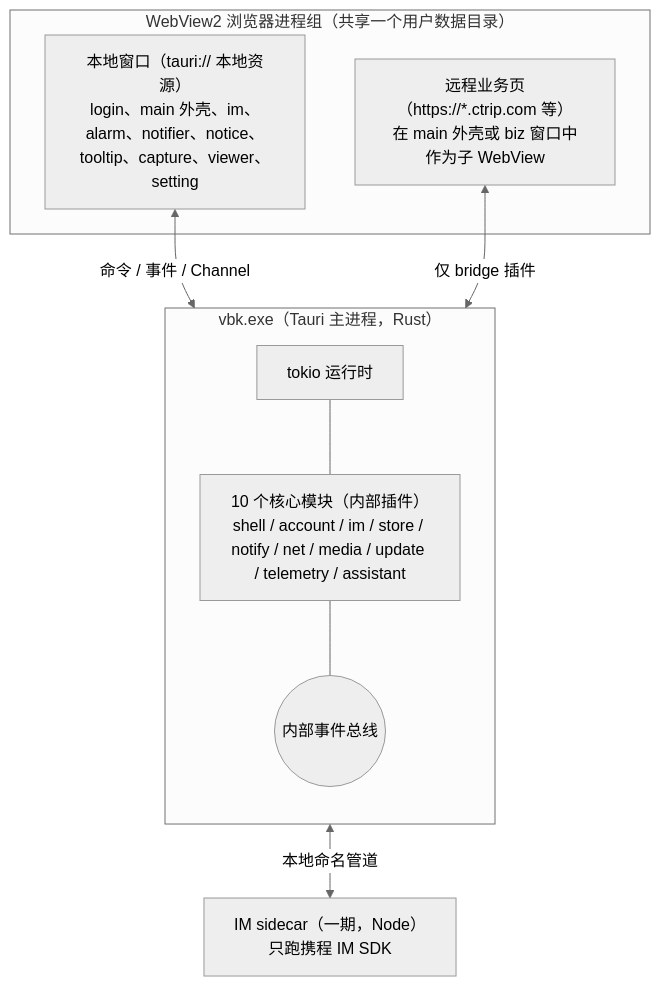
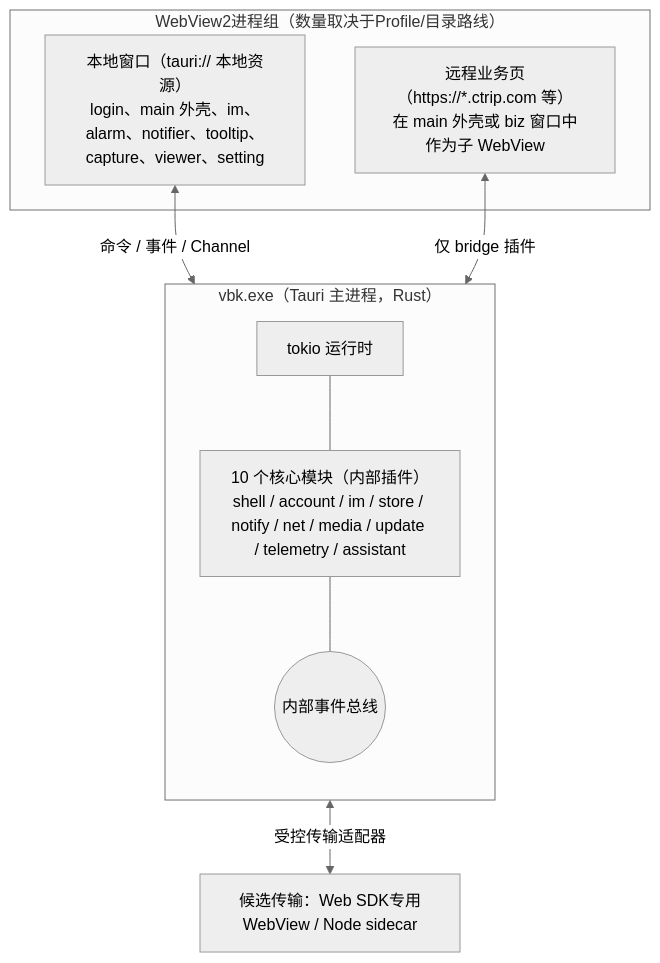
The diagram in docs/dev/00-architecture.md (meruchan0623/Ctrip-vbk-refact), drawn with Mermaid (neutral theme) before and after one commit. The commit also changed other lines of this file and 31 other files, not shown here.

First line of the commit message:
Update architecture plans from final review

````diff
--- a/docs/dev/00-architecture.md
+++ b/docs/dev/00-architecture.md
@@ -19,18 +21,18 @@
 ```mermaid
 flowchart TB
   subgraph Proc["vbk.exe（Tauri 主进程，Rust）"]
     direction TB
     Rt["tokio 运行时"]
     Bus(("内部事件总线"))
     Mods["10 个核心模块（内部插件）<br/>shell / account / im / store / notify / net / media / update / telemetry / assistant"]
     Rt --- Mods --- Bus
   end
-  subgraph WV["WebView2 浏览器进程组（共享一个用户数据目录）"]
-    Local["本地窗口（tauri:// 本地资源）<br/>login、main 外壳、im、alarm、notifier、notice、tooltip、capture、viewer、setting"]
+  subgraph WV["WebView2进程组（数量取决于Profile/目录路线）"]
+    Local["本地窗口（tauri:// 本地资源）<br/>login、main 外壳、im、alarm、notifier、tooltip、capture、viewer、setting"]
     Remote["远程业务页（https://*.ctrip.com 等）<br/>在 main 外壳或 biz 窗口中作为子 WebView"]
   end
-  Side["IM sidecar（一期，Node）<br/>只跑携程 IM SDK"]
+  Side["候选传输：Web SDK专用WebView / Node sidecar"]
   Local <-- "命令 / 事件 / Channel" --> Proc
   Remote <-- "仅 bridge 插件" --> Proc
-  Proc <-- "本地命名管道" --> Side
+  Proc <-- "受控传输适配器" --> Side
 ```
````
